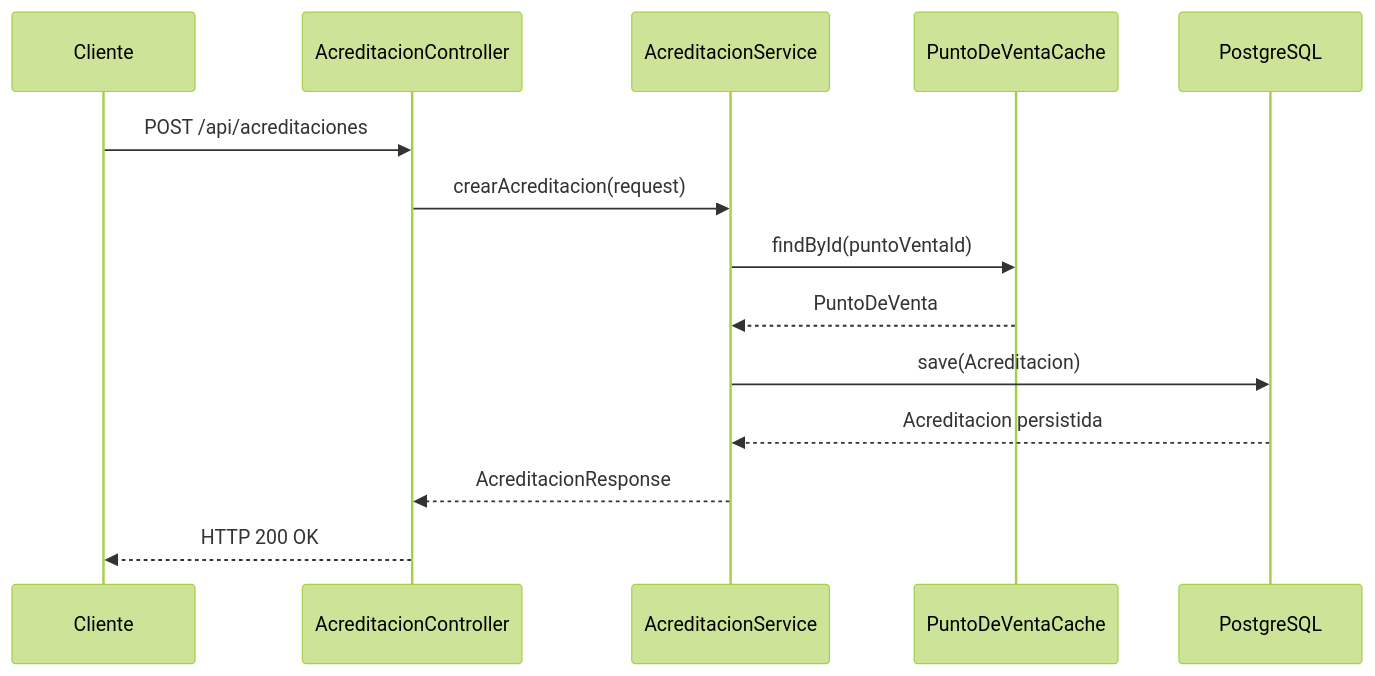
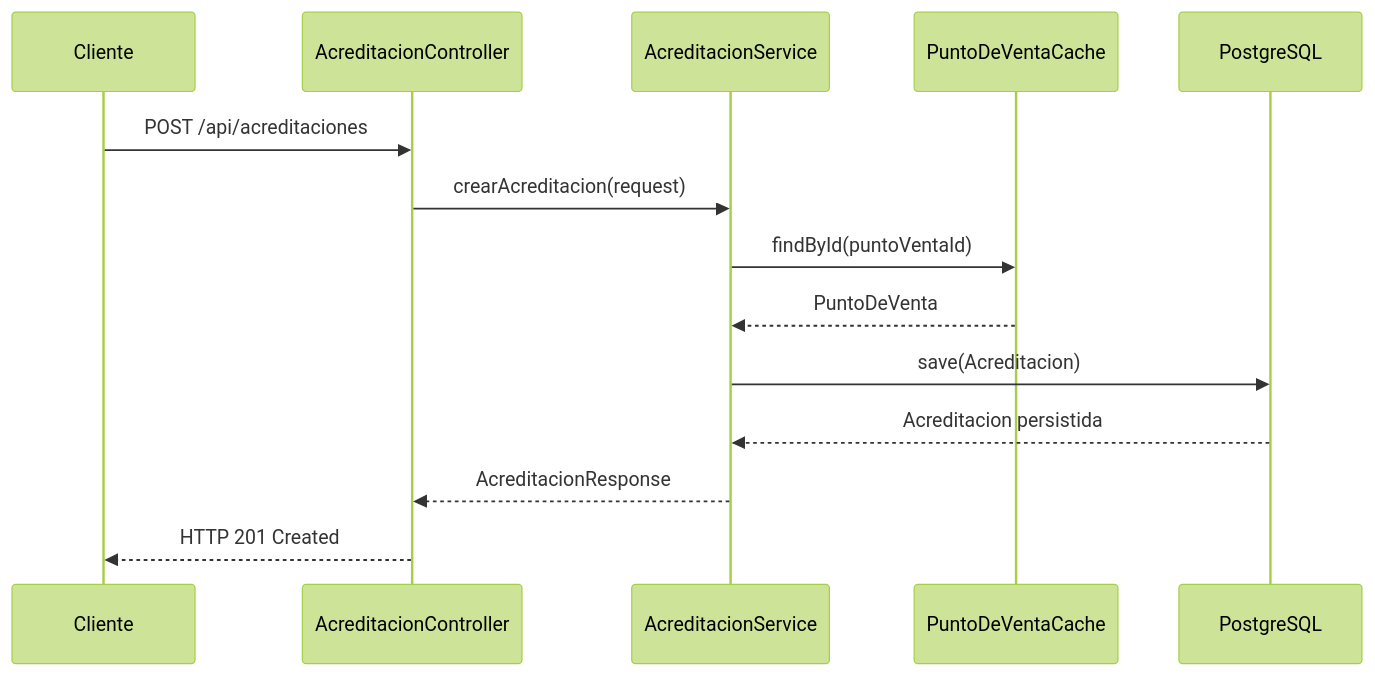
Before and after one commit to IntrinsicCodeAlchemist/accenture-challenge-2025: the fourth of 4 diagrams in README.md, drawn with Mermaid (forest theme). The commit also changed other lines of this file and 7 other files, not shown here.

````diff
--- a/README.md
+++ b/README.md
@@ -170,20 +294,20 @@
 ```mermaid
 sequenceDiagram
     participant Cliente
     participant Controller as AcreditacionController
     participant Service as AcreditacionService
     participant Cache as PuntoDeVentaCache
     participant DB as PostgreSQL
 
     Cliente->>Controller: POST /api/acreditaciones
     Controller->>Service: crearAcreditacion(request)
 
     Service->>Cache: findById(puntoVentaId)
     Cache-->>Service: PuntoDeVenta
 
     Service->>DB: save(Acreditacion)
     DB-->>Service: Acreditacion persistida
 
     Service-->>Controller: AcreditacionResponse
-    Controller-->>Cliente: HTTP 200 OK
+    Controller-->>Cliente: HTTP 201 Created
 ```
````
